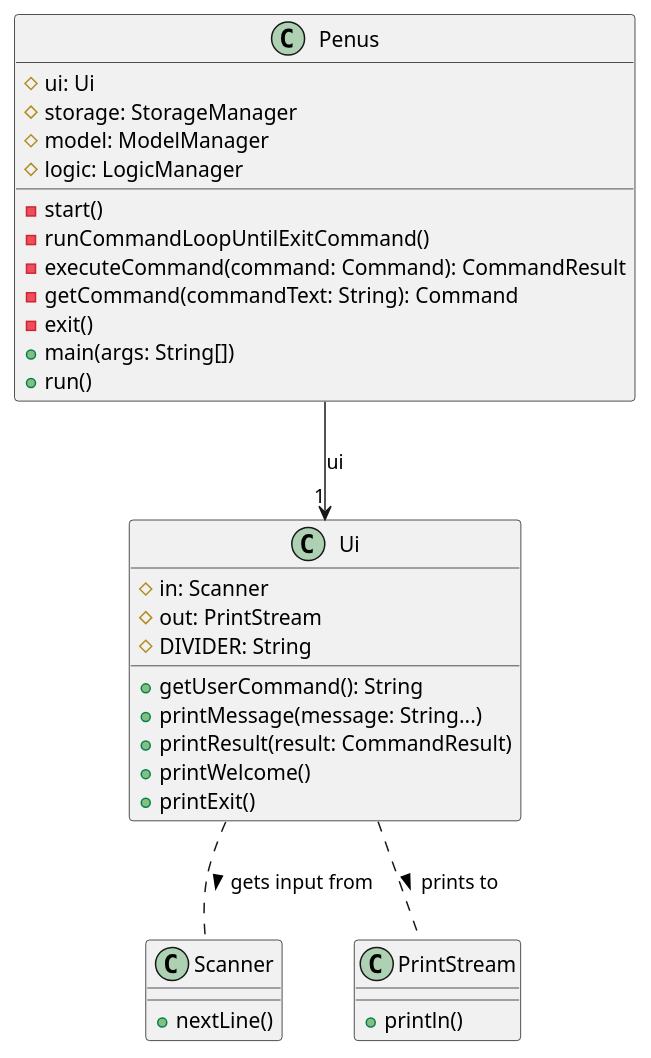
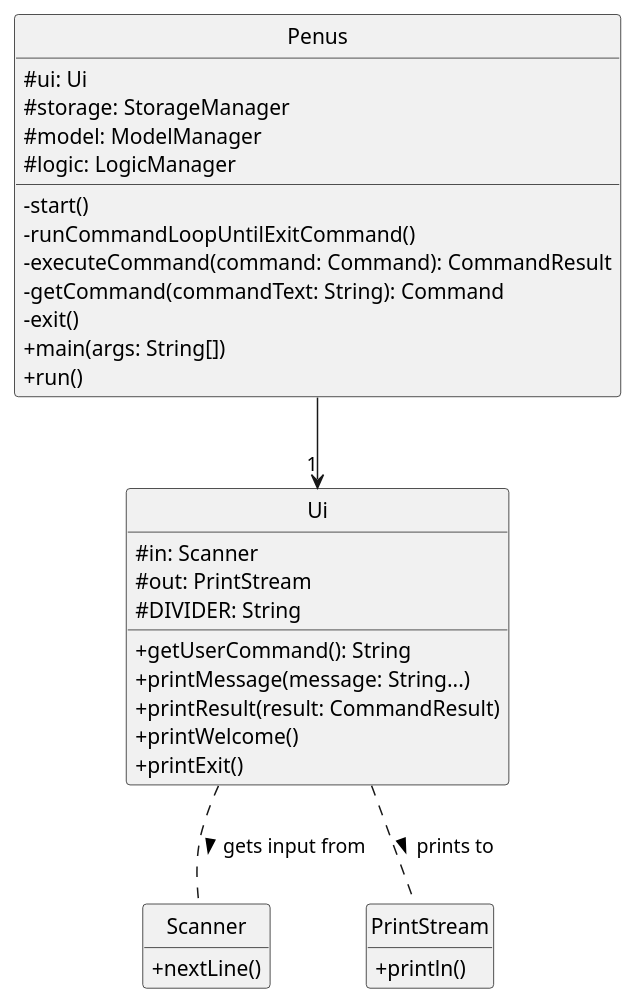
One commit to sriram-senthilkr/tp changed the diagram in docs/uml/sourcecode/UiClass.puml. Above: the diagram before and after it, drawn with PlantUML. The commit also changed 20 other files, not shown here.

Commit message:
Fix diagrams 1

```diff
--- a/docs/uml/sourcecode/UiClass.puml
+++ b/docs/uml/sourcecode/UiClass.puml
@@ -1,39 +1,42 @@
 @startuml
+hide circle
+skinparam classAttributeIconSize 0
+hide empty members
 
 class Ui {
     #in: Scanner
     #out: PrintStream
     #DIVIDER: String
     +getUserCommand(): String
     +printMessage(message: String...)
     +printResult(result: CommandResult)
     +printWelcome()
     +printExit()
 }
 
 class Penus {
     #ui: Ui
     #storage: StorageManager
     #model: ModelManager
     #logic: LogicManager
     -start()
     -runCommandLoopUntilExitCommand()
     -executeCommand(command: Command): CommandResult
     -getCommand(commandText: String): Command
     -exit()
     +main(args: String[])
     +run()
 }
 
 class Scanner {
     +nextLine()
 }
 class PrintStream {
     +println()
 }
 
-Penus --> "1" Ui: ui
+Penus --> "1" Ui
 Ui .. Scanner: gets input from >
 Ui .. PrintStream: prints to >
 
 @enduml
```
